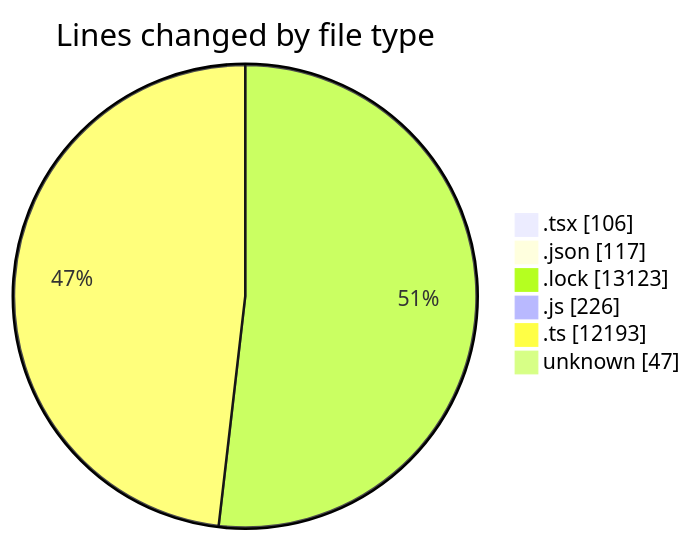
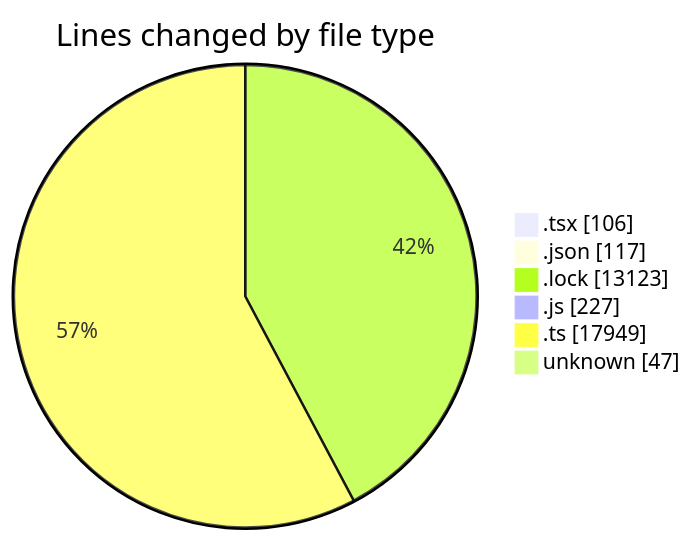
One commit to momahboobian/code-tracking changed the first of 2 diagrams in 2025-09-03/cda/README.md. Above: the diagram before and after it, drawn with Mermaid. The commit also changed other lines of this file and 1 other file, not shown here.

````diff
--- a/2025-09-03/cda/README.md
+++ b/2025-09-03/cda/README.md
@@ -36,10 +37,10 @@
 ```mermaid
 pie showData
 title Lines changed by file type
 ".tsx" : 106
 ".json" : 117
 ".lock" : 13123
-".js" : 226
-".ts" : 12193
+".js" : 227
+".ts" : 17949
 "unknown" : 47
 ```
````
